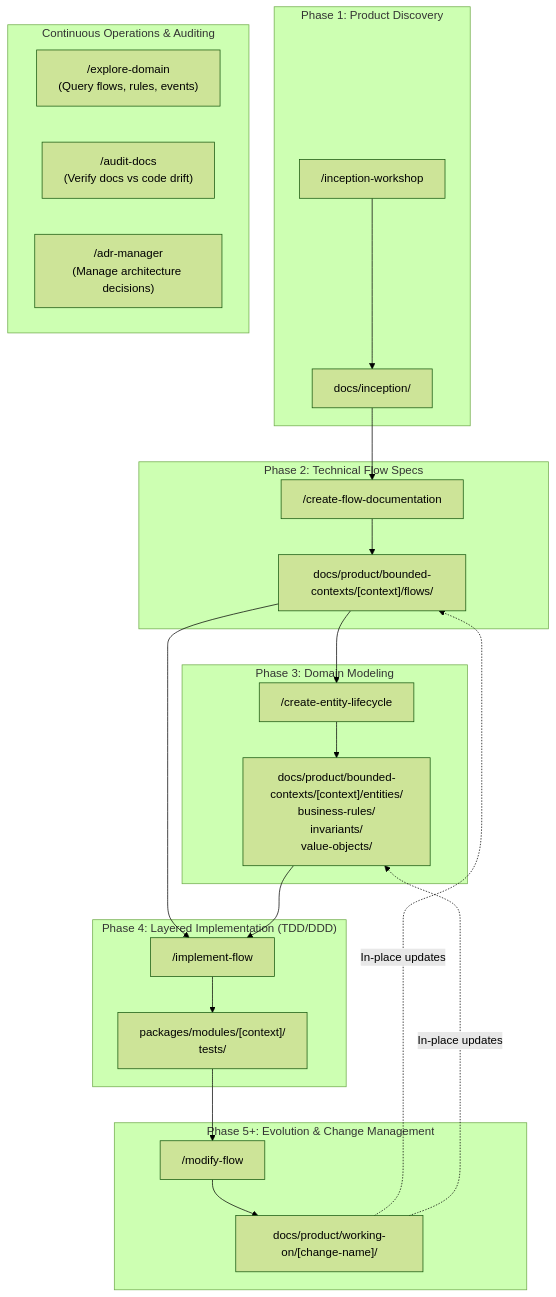
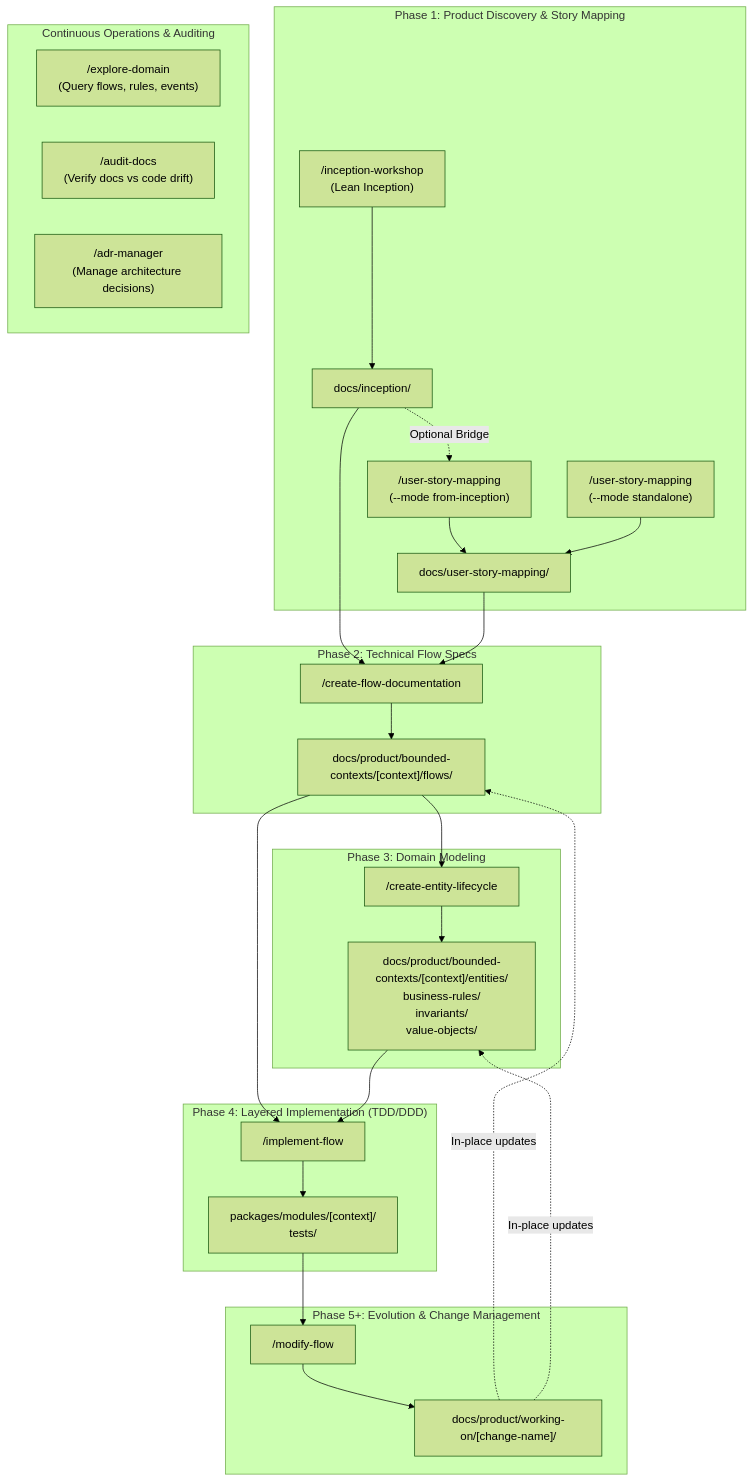
Before and after one commit to faparicior/SessioFlow: the diagram in docs/SDLC-WORKFLOW-DIRECTORY.md, drawn with Mermaid (forest theme). The commit also changed other lines of this file and 22 other files, not shown here.

Commit message:
feat: add user-story-mapping skill with workflow templates, validators, and documentation updates

````diff
--- a/docs/SDLC-WORKFLOW-DIRECTORY.md
+++ b/docs/SDLC-WORKFLOW-DIRECTORY.md
@@ -11,33 +11,36 @@
 ```mermaid
 flowchart TD
-    subgraph Discovery ["Phase 1: Product Discovery"]
-        P1["/inception-workshop"] --> D1["docs/inception/"]
+    subgraph Discovery ["Phase 1: Product Discovery & Story Mapping"]
+        P1["/inception-workshop\n(Lean Inception)"] --> D1["docs/inception/"]
+        D1 -. Optional Bridge .-> P1b["/user-story-mapping\n(--mode from-inception)"]
+        P1b --> D1b["docs/user-story-mapping/"]
+        P1c["/user-story-mapping\n(--mode standalone)"] --> D1b
     end
 
     subgraph Specs ["Phase 2: Technical Flow Specs"]
-        D1 --> P2["/create-flow-documentation"]
+        D1 & D1b --> P2["/create-flow-documentation"]
         P2 --> D2["docs/product/bounded-contexts/[context]/flows/"]
     end
 
     subgraph DomainModel ["Phase 3: Domain Modeling"]
         D2 --> P3["/create-entity-lifecycle"]
         P3 --> D3["docs/product/bounded-contexts/[context]/entities/\nbusiness-rules/\ninvariants/\nvalue-objects/"]
     end
 
     subgraph Implementation ["Phase 4: Layered Implementation (TDD/DDD)"]
         D2 & D3 --> P4["/implement-flow"]
         P4 --> D4["packages/modules/[context]/\ntests/"]
     end
 
     subgraph Evolution ["Phase 5+: Evolution & Change Management"]
         D4 --> P5["/modify-flow"]
         P5 --> D5["docs/product/working-on/[change-name]/"]
         D5 -. In-place updates .-> D2 & D3
     end
 
     subgraph Operations ["Continuous Operations & Auditing"]
         O1["/explore-domain\n(Query flows, rules, events)"]
         O2["/audit-docs\n(Verify docs vs code drift)"]
         O3["/adr-manager\n(Manage architecture decisions)"]
     end
 ```
````
